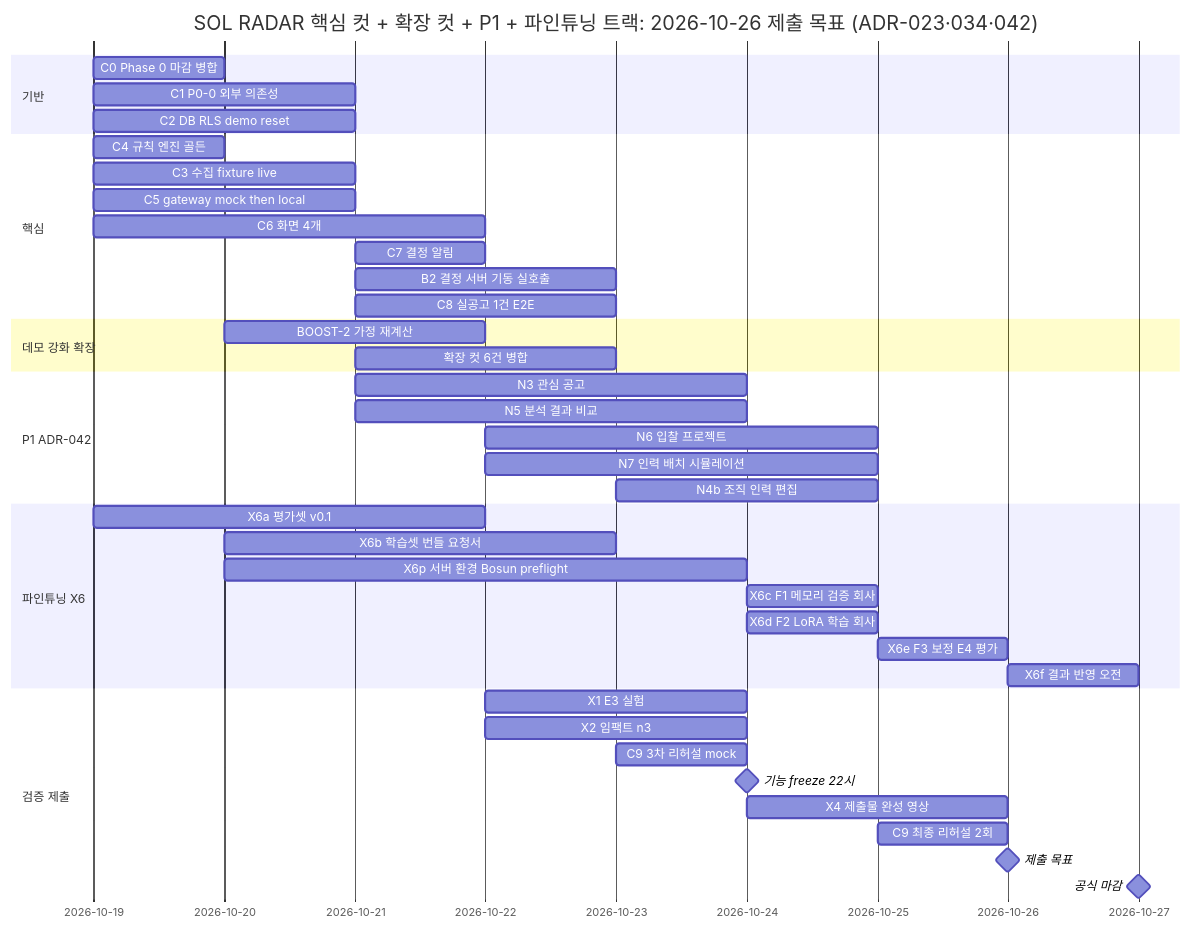
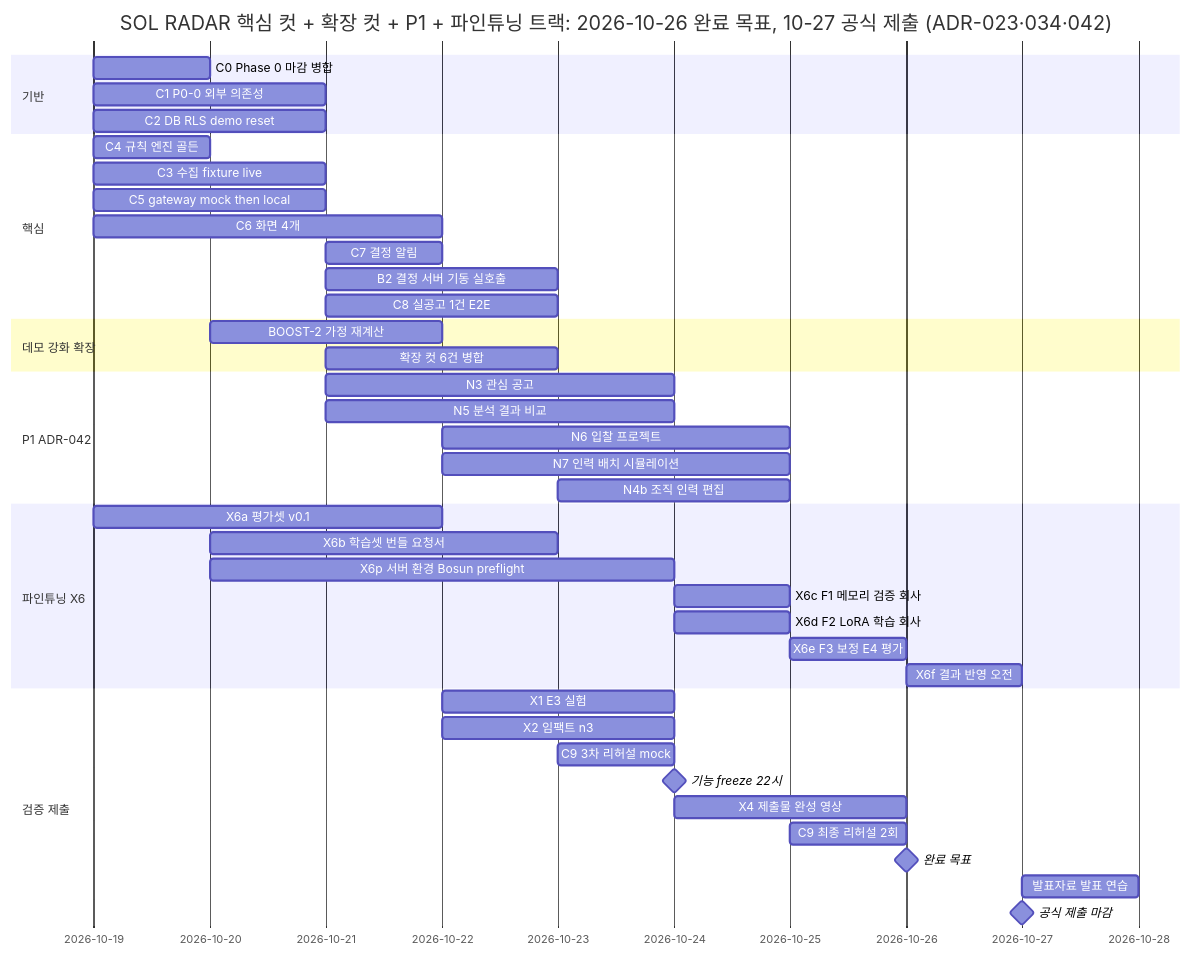
Before and after one commit to solideoai/sol-radar: the diagram in docs/12-ROADMAP.md, drawn with Mermaid. The commit also changed other lines of this file and 8 other files, not shown here.

````diff
--- a/docs/12-ROADMAP.md
+++ b/docs/12-ROADMAP.md
@@ -131,43 +132,44 @@
 ```mermaid
 gantt
- title SOL RADAR 핵심 컷 + 확장 컷 + P1 + 파인튜닝 트랙: 2026-10-26 제출 목표 (ADR-023·034·042)
+ title SOL RADAR 핵심 컷 + 확장 컷 + P1 + 파인튜닝 트랙: 2026-10-26 완료 목표, 10-27 공식 제출 (ADR-023·034·042)
  dateFormat YYYY-MM-DD
  section 기반
  C0 Phase 0 마감 병합 :c0, 2026-10-19, 1d
  C1 P0-0 외부 의존성 :c1, 2026-10-19, 2d
  C2 DB RLS demo reset :c2, 2026-10-19, 2d
  section 핵심
  C4 규칙 엔진 골든 :c4, 2026-10-19, 1d
  C3 수집 fixture live :c3, 2026-10-19, 2d
  C5 gateway mock then local :c5, 2026-10-19, 2d
  C6 화면 4개 :c6, 2026-10-19, 3d
  C7 결정 알림 :c7, 2026-10-21, 1d
  B2 결정 서버 기동 실호출 :b2s, 2026-10-21, 2d
  C8 실공고 1건 E2E :c8, 2026-10-21, 2d
  section 데모 강화 확장
  BOOST-2 가정 재계산 :b2, 2026-10-20, 2d
  확장 컷 6건 병합 :x5, 2026-10-21, 2d
  section P1 ADR-042
  N3 관심 공고 :p11, 2026-10-21, 3d
  N5 분석 결과 비교 :p12, 2026-10-21, 3d
  N6 입찰 프로젝트 :p13, 2026-10-22, 3d
  N7 인력 배치 시뮬레이션 :p14, 2026-10-22, 3d
  N4b 조직 인력 편집 :p15, 2026-10-23, 2d
  section 파인튜닝 X6
  X6a 평가셋 v0.1 :x6a, 2026-10-19, 3d
  X6b 학습셋 번들 요청서 :x6b, 2026-10-20, 3d
  X6p 서버 환경 Bosun preflight :x6p, 2026-10-20, 4d
  X6c F1 메모리 검증 회사 :x6c, 2026-10-24, 1d
  X6d F2 LoRA 학습 회사 :x6d, 2026-10-24, 1d
  X6e F3 보정 E4 평가 :x6e, 2026-10-25, 1d
  X6f 결과 반영 오전 :x6f, 2026-10-26, 1d
  section 검증 제출
  X1 E3 실험 :x1, 2026-10-22, 2d
  X2 임팩트 n3 :x2, 2026-10-22, 2d
  C9 3차 리허설 mock :c9, 2026-10-23, 1d
  기능 freeze 22시 :milestone, mf, 2026-10-24, 0d
  X4 제출물 완성 영상 :x4, 2026-10-24, 2d
  C9 최종 리허설 2회 :c9b, 2026-10-25, 1d
- 제출 목표 :milestone, ms, 2026-10-26, 0d
- 공식 마감 :milestone, md, 2026-10-27, 0d
+ 완료 목표 :milestone, ms, 2026-10-26, 0d
+ 발표자료 발표 연습 :pr, 2026-10-27, 1d
+ 공식 제출 마감 :milestone, md, 2026-10-27, 0d
 ```
````
